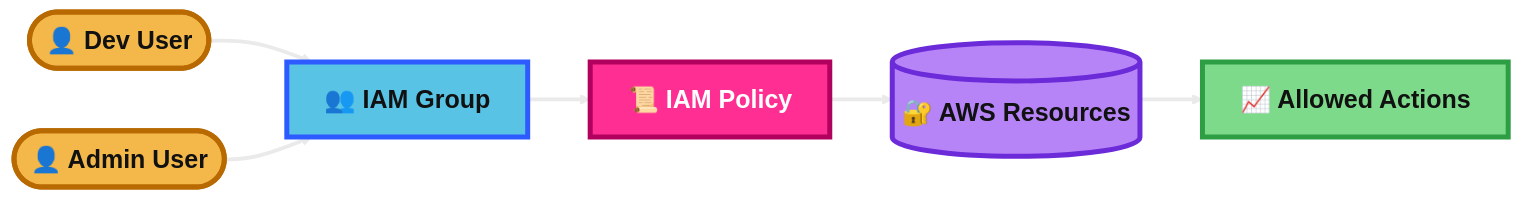
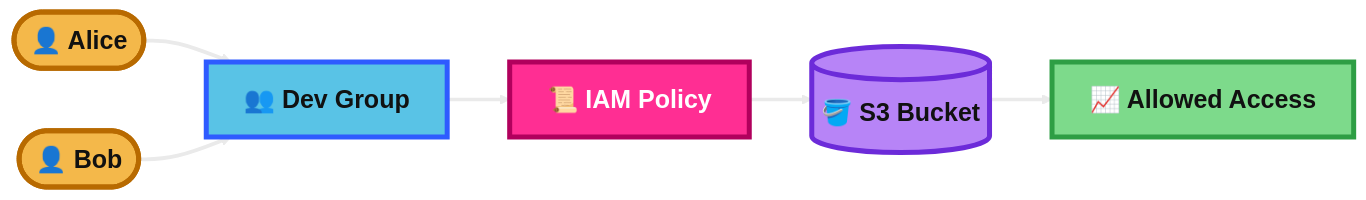
Before and after one commit to hsabit01/aws-saa-study-material: the first of 4 diagrams in notes/1.IAM.md, drawn with Mermaid. The commit also changed other lines of this file and 2 other files, not shown here.

````diff
--- a/notes/1.IAM.md
+++ b/notes/1.IAM.md
@@ -37,24 +38,24 @@
 ```mermaid
 %%{init: {'theme':'base','themeVariables': {
   'background':'#0B0F19',
   'primaryTextColor':'#111111',
   'secondaryTextColor':'#111111',
   'tertiaryTextColor':'#111111',
   'lineColor':'#EAEAEA',
   'fontSize':'20px'
 }}}%%
 flowchart LR
-    U1([👤 Dev User]):::user --> G[👥 IAM Group]:::app
-    U2([👤 Admin User]):::user --> G
+    A([👤 Alice]):::user --> G[👥 Dev Group]:::app
+    B([👤 Bob]):::user --> G
     G --> P[📜 IAM Policy]:::core
-    P --> R[(🔐 AWS Resources)]:::data
-    R --> O[📈 Allowed Actions]:::dash
+    P --> S[(🪣 S3 Bucket)]:::data
+    S --> O[📈 Allowed Access]:::dash
 
     classDef user fill:#F4B84A,stroke:#B86A00,stroke-width:4px,color:#111111,font-weight:bold;
     classDef app fill:#59C3E6,stroke:#2E5BFF,stroke-width:4px,color:#111111,font-weight:bold;
     classDef data fill:#B784F7,stroke:#6C2BD9,stroke-width:4px,color:#111111,font-weight:bold;
     classDef core fill:#FF2E93,stroke:#B1005D,stroke-width:4px,color:#FFFFFF,font-weight:bold;
     classDef dash fill:#7DDA8B,stroke:#2E9E44,stroke-width:4px,color:#111111,font-weight:bold;
 
     linkStyle 0,1,2,3,4 stroke:#EAEAEA,stroke-width:3px;
 ```
````
